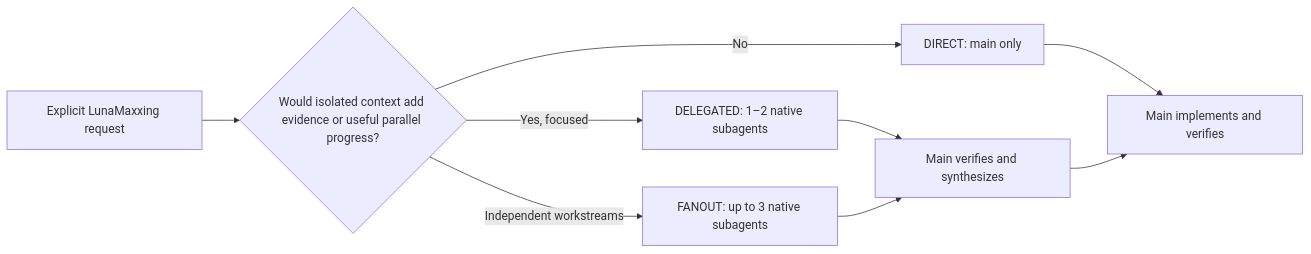
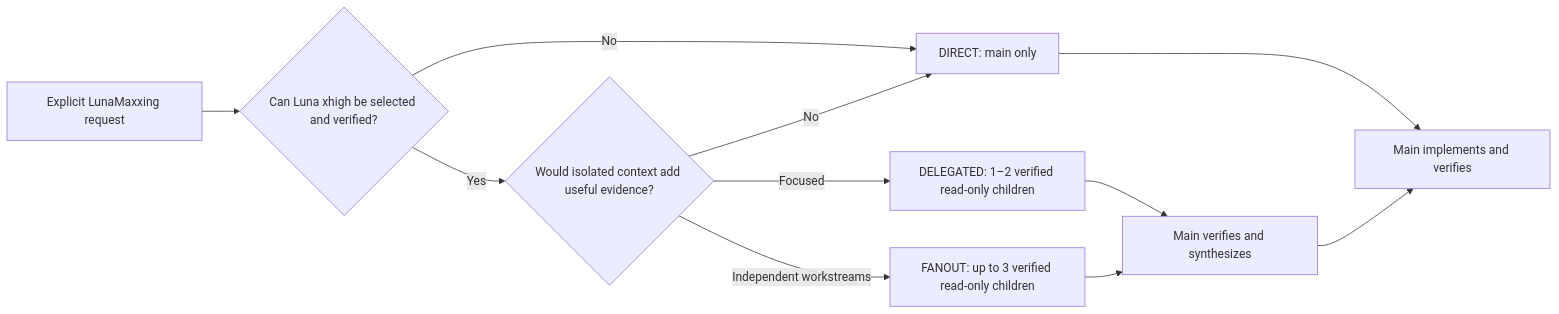
Before and after one commit to HakanBabus/LunaMaxxing: the diagram in README.md, drawn with Mermaid. The commit also changed other lines of this file and 7 other files, not shown here.

````diff
--- a/README.md
+++ b/README.md
@@ -72,11 +72,13 @@
 ```mermaid
 flowchart LR
-    A["Explicit LunaMaxxing request"] --> B{"Would isolated context add evidence or useful parallel progress?"}
+    A["Explicit LunaMaxxing request"] --> B{"Can Luna xhigh be selected and verified?"}
     B -->|No| C["DIRECT: main only"]
-    B -->|Yes, focused| D["DELEGATED: 1–2 native subagents"]
-    B -->|Independent workstreams| E["FANOUT: up to 3 native subagents"]
+    B -->|Yes| H{"Would isolated context add useful evidence?"}
+    H -->|No| C
+    H -->|Focused| D["DELEGATED: 1–2 verified read-only children"]
+    H -->|Independent workstreams| E["FANOUT: up to 3 verified read-only children"]
     D --> F["Main verifies and synthesizes"]
     E --> F
     C --> G["Main implements and verifies"]
     F --> G
 ```
````
